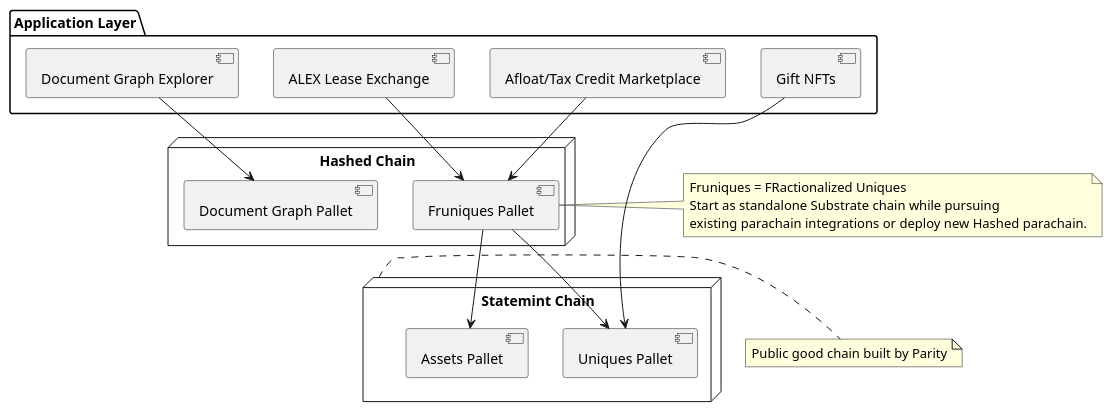
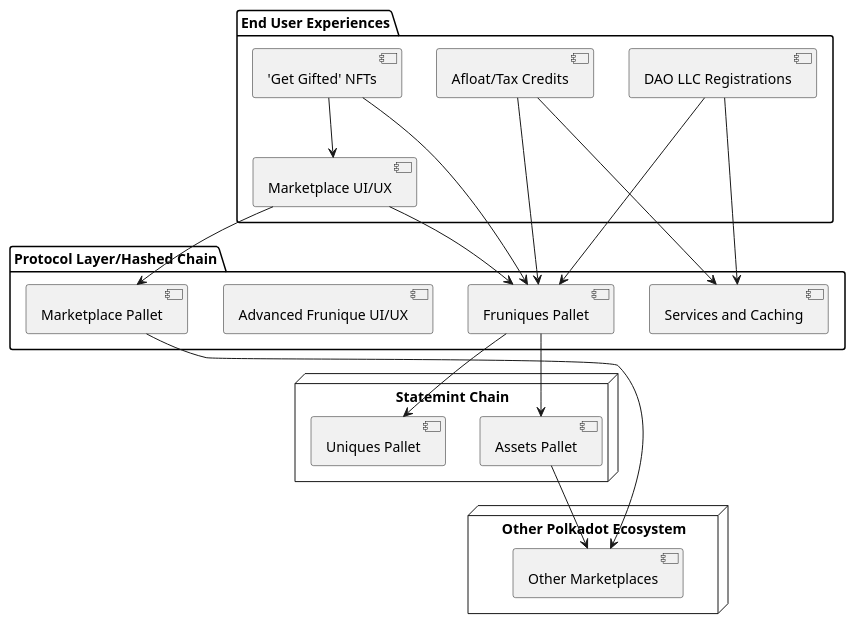
The diagram in docs/hashed-chain-arch.iuml (hashed-io/hashed-substrate), drawn with PlantUML before and after one commit.

```diff
--- a/docs/hashed-chain-arch.iuml
+++ b/docs/hashed-chain-arch.iuml
@@ -1,34 +1,31 @@
 @startuml
-package "Application Layer" {
-  [Afloat/Tax Credit Marketplace]
-  [ALEX Lease Exchange]
-  [Gift NFTs]
-  [Document Graph Explorer] as DGE
+node "Other Polkadot Ecosystem" as OPE {
+  [Other Marketplaces]
 }
 
-node "Hashed Chain" as HC {
+package "Protocol Layer/Hashed Chain" {
   [Fruniques Pallet]
-  [Document Graph Pallet] as DGP
-  DGE --> DGP
-  [Afloat/Tax Credit Marketplace] --> [Fruniques Pallet]
-  [ALEX Lease Exchange] --> [Fruniques Pallet]
+  [Marketplace Pallet] --> [Other Marketplaces]
+  [Advanced Frunique UI/UX]
+  [Services and Caching]
 }
 
 node "Statemint Chain" as SC {
   [Uniques Pallet]
-  [Assets Pallet]
   [Fruniques Pallet] --> [Uniques Pallet]
   [Fruniques Pallet] --> [Assets Pallet]
-  [Gift NFTs] --> [Uniques Pallet]
+  [Assets Pallet]
+  [Assets Pallet] --> [Other Marketplaces]
 }
 
-note right of SC
-  Public good chain built by Parity
-end note
-
-note right of [Fruniques Pallet]
-  Fruniques = FRactionalized Uniques
-  Start as standalone Substrate chain while pursuing 
-  existing parachain integrations or deploy new Hashed parachain.
-end note
+package "End User Experiences" {
+  [Afloat/Tax Credits] --> [Fruniques Pallet]
+  [Afloat/Tax Credits] --> [Services and Caching]
+  [DAO LLC Registrations] --> [Fruniques Pallet]
+  [DAO LLC Registrations] --> [Services and Caching]
+  ['Get Gifted' NFTs] --> [Fruniques Pallet]
+  [Marketplace UI/UX] --> [Fruniques Pallet]
+  [Marketplace UI/UX] --> [Marketplace Pallet]
+  ['Get Gifted' NFTs] --> [Marketplace UI/UX]
+}
 @enduml
```
